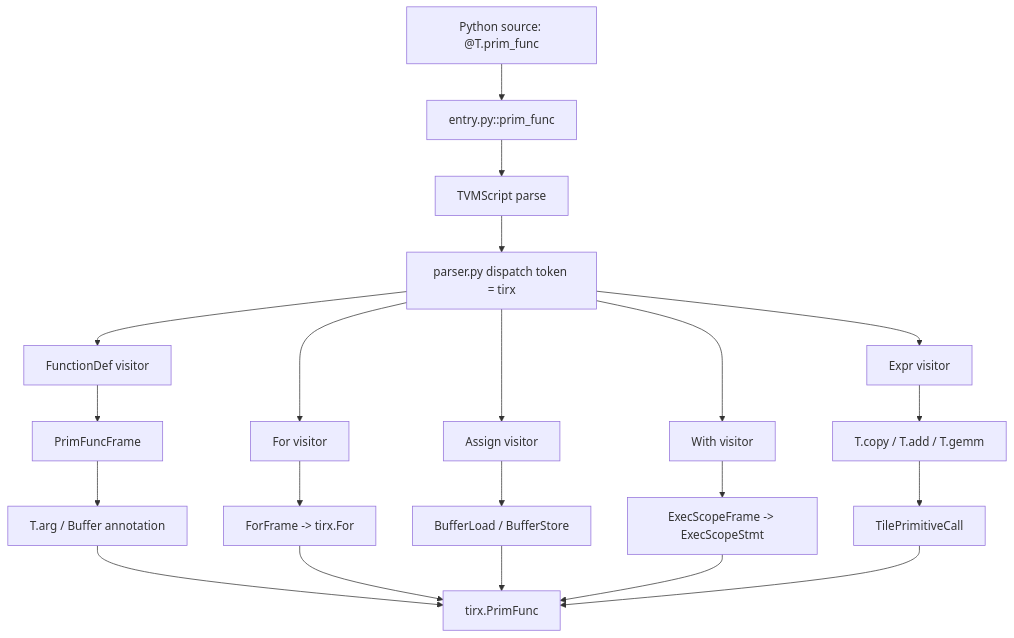
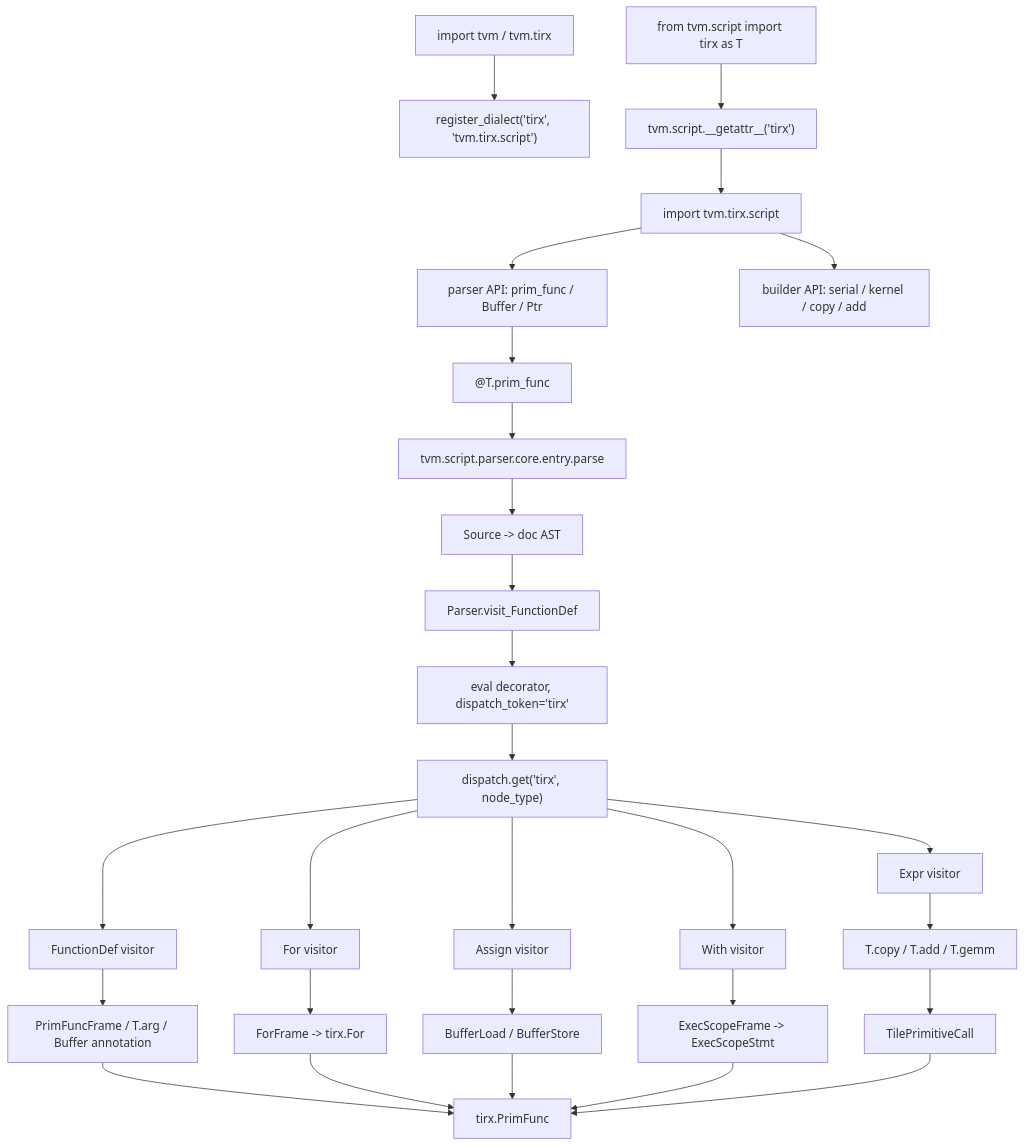
One commit to Rhys-Q/megakernel changed the fifth of 5 diagrams in docs/learn/w4_tirx_myself/frontend.md. Above: the diagram before and after it, drawn with Mermaid. The commit also changed other lines of this file and 1 other file, not shown here.

````diff
--- a/docs/learn/w4_tirx_myself/frontend.md
+++ b/docs/learn/w4_tirx_myself/frontend.md
@@ -623,29 +846,37 @@
 ```mermaid
 flowchart TD
-    A["Python source: @T.prim_func"] --> B["entry.py::prim_func"]
-    B --> C["TVMScript parse"]
-    C --> D["parser.py dispatch token = tirx"]
+    A["import tvm / tvm.tirx"] --> B["register_dialect('tirx', 'tvm.tirx.script')"]
+    C["from tvm.script import tirx as T"] --> D["tvm.script.__getattr__('tirx')"]
+    D --> E["import tvm.tirx.script"]
+    E --> F["parser API: prim_func / Buffer / Ptr"]
+    E --> G["builder API: serial / kernel / copy / add"]
 
-    D --> E["FunctionDef visitor"]
-    E --> F["PrimFuncFrame"]
-    F --> G["T.arg / Buffer annotation"]
+    F --> H["@T.prim_func"]
+    H --> I["tvm.script.parser.core.entry.parse"]
+    I --> J["Source -> doc AST"]
+    J --> K["Parser.visit_FunctionDef"]
+    K --> L["eval decorator, dispatch_token='tirx'"]
+    L --> M["dispatch.get('tirx', node_type)"]
 
-    D --> H["For visitor"]
-    H --> I["ForFrame -> tirx.For"]
+    M --> N["FunctionDef visitor"]
+    N --> O["PrimFuncFrame / T.arg / Buffer annotation"]
 
-    D --> J["Assign visitor"]
-    J --> K["BufferLoad / BufferStore"]
+    M --> P["For visitor"]
+    P --> Q["ForFrame -> tirx.For"]
 
-    D --> L["With visitor"]
-    L --> M["ExecScopeFrame -> ExecScopeStmt"]
+    M --> R["Assign visitor"]
+    R --> S["BufferLoad / BufferStore"]
 
-    D --> N["Expr visitor"]
-    N --> O["T.copy / T.add / T.gemm"]
-    O --> P["TilePrimitiveCall"]
+    M --> T1["With visitor"]
+    T1 --> U["ExecScopeFrame -> ExecScopeStmt"]
 
-    G --> Q["tirx.PrimFunc"]
-    I --> Q
-    K --> Q
-    M --> Q
-    P --> Q
+    M --> V["Expr visitor"]
+    V --> W["T.copy / T.add / T.gemm"]
+    W --> X["TilePrimitiveCall"]
+
+    O --> Y["tirx.PrimFunc"]
+    Q --> Y
+    S --> Y
+    U --> Y
+    X --> Y
 ```
````
